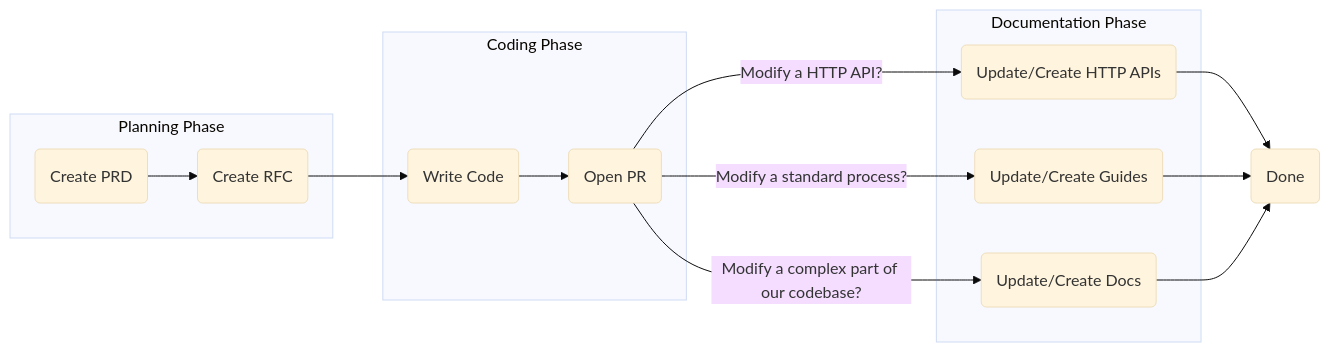
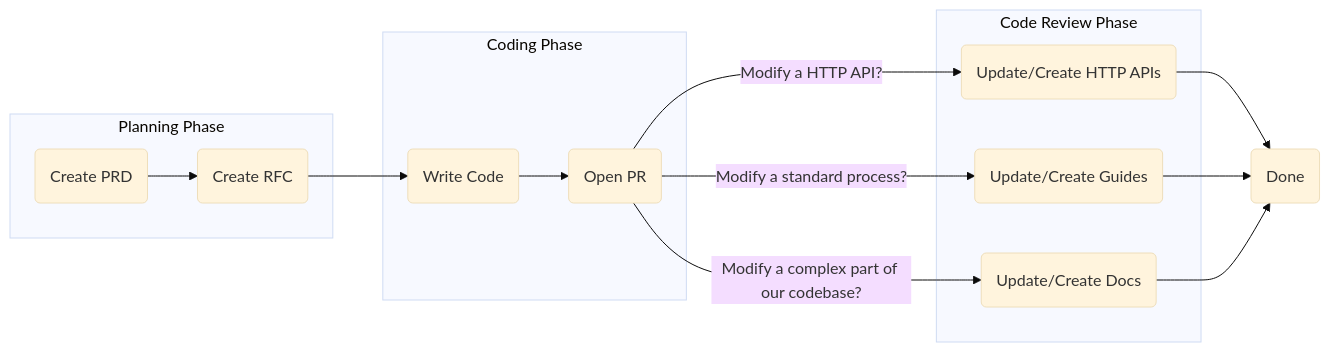
One commit to joggrdocs/joggr-templates changed the diagram in templates/documentation-standards-template.md. Above: the diagram before and after it, drawn with Mermaid (base theme).

Commit message:
📚 docs: Updated Joggr doc [skip ci]

````diff
--- a/templates/documentation-standards-template.md
+++ b/templates/documentation-standards-template.md
@@ -44,40 +44,40 @@
 ```mermaid
 graph LR;
 
     %% Entities
     prd(Create PRD);
     rfc(Create RFC);
     code(Write Code);
     openPR(Open PR);
     part4A(Update/Create HTTP APIs);
     part4B(Update/Create Guides);
     part4C(Update/Create Docs);
     done(Done);
 
     %% Flow
     prd --> rfc;
     rfc --> code;
     code --> openPR;
     openPR -- "Modify a HTTP API?" --> part4A;
     openPR -- "Modify a standard process?" --> part4B;
     openPR -- "Modify a complex part of our codebase?" --> part4C;
     part4A --> done;
     part4B --> done;
     part4C --> done;
 
   subgraph "Planning Phase"
     prd;
     rfc;
   end;
 
   subgraph "Coding Phase"
     code;
     openPR;
   end;
 
-  subgraph "Documentation Phase"
+  subgraph "Code Review Phase"
     part4A;
     part4B;
     part4C;
   end;
 ```
````
